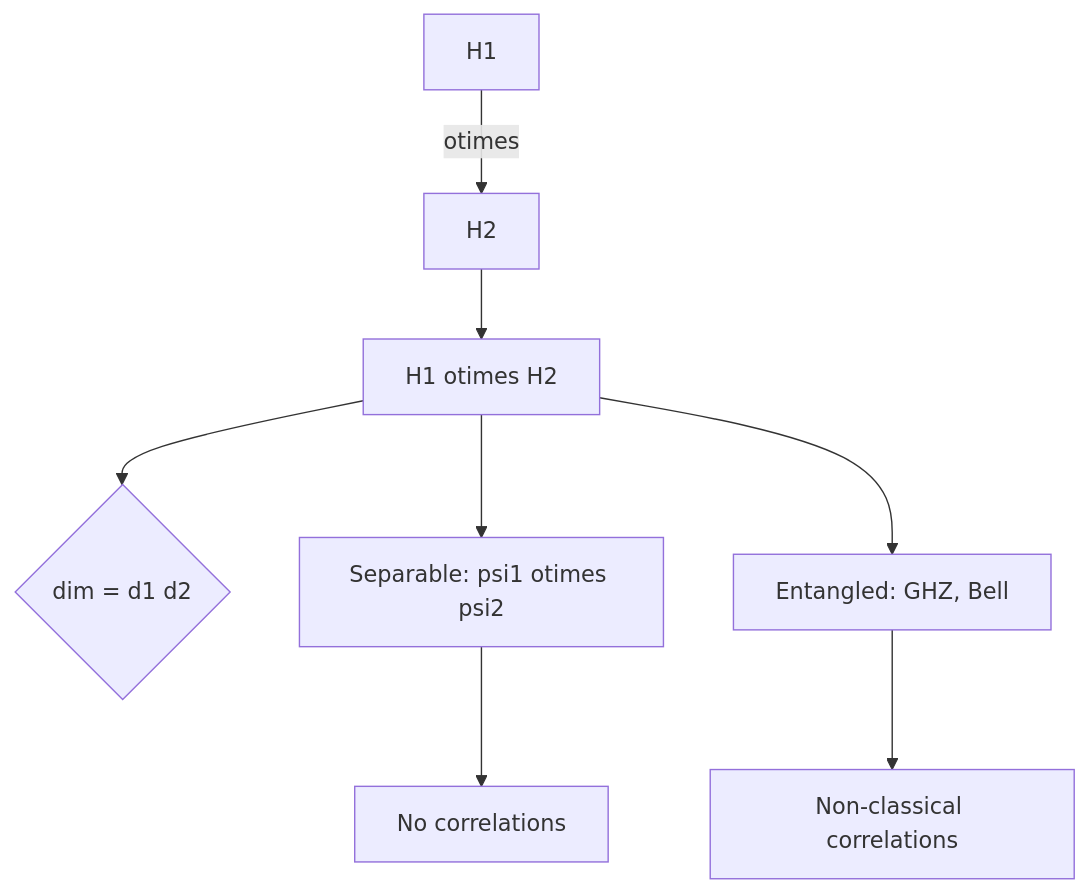
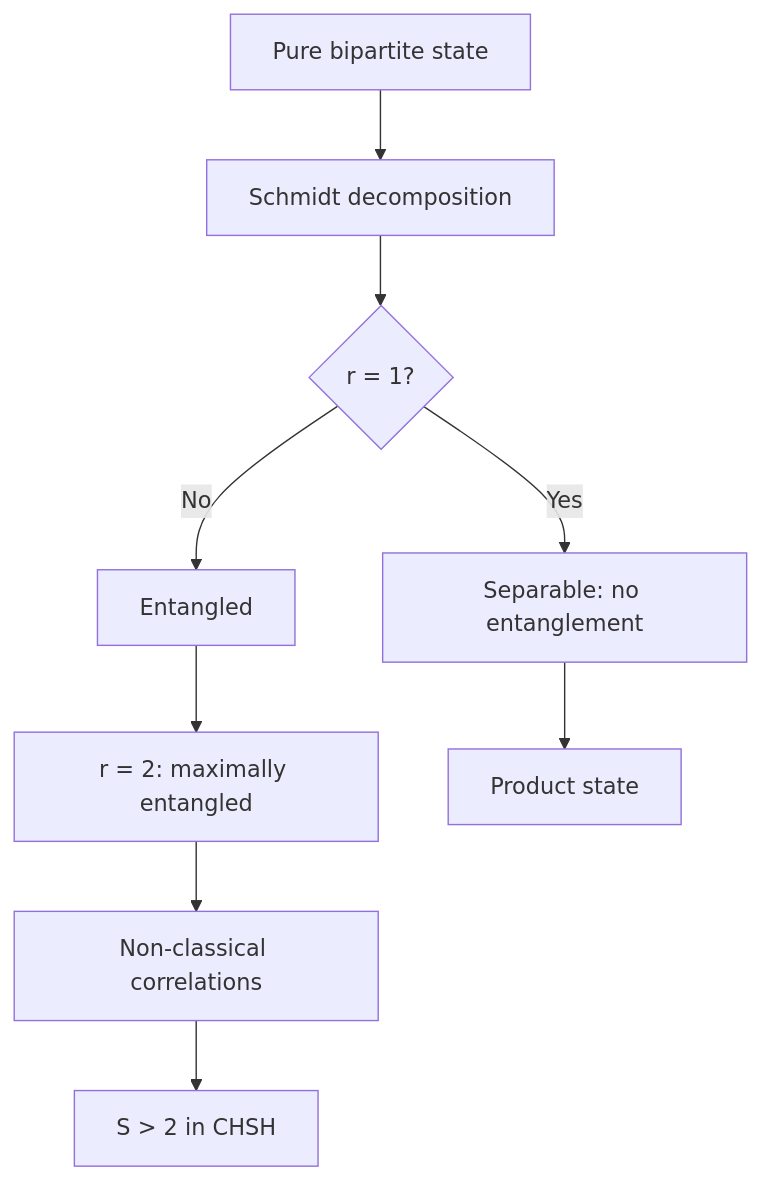
One commit to yip-lgtm/PhysicsSelfStudy changed the third of 5 diagrams in 01_BSc_Physics/electives/PHYS_3037_Honors_Quantum_Mechanics_I/README.md. Above: the diagram before and after it, drawn with Mermaid. The commit also changed other lines of this file and 4 other files, not shown here.

````diff
--- a/01_BSc_Physics/electives/PHYS_3037_Honors_Quantum_Mechanics_I/README.md
+++ b/01_BSc_Physics/electives/PHYS_3037_Honors_Quantum_Mechanics_I/README.md
@@ -138,10 +495,11 @@
 ```mermaid
 graph TD
-    A[H1] -->|otimes| B[H2]
-    B --> C[H1 otimes H2]
-    C --> D{dim = d1 d2}
-    C --> E[Separable: psi1 otimes psi2]
-    C --> F[Entangled: GHZ, Bell]
-    E --> G[No correlations]
+    A[Pure bipartite state] --> B[Schmidt decomposition]
+    B --> C{r = 1?}
+    C -->|Yes| D[Separable: no entanglement]
+    C -->|No| E[Entangled]
+    E --> F[r = 2: maximally entangled]
+    D --> G[Product state]
     F --> H[Non-classical correlations]
+    H --> I[S > 2 in CHSH]
 ```
````
